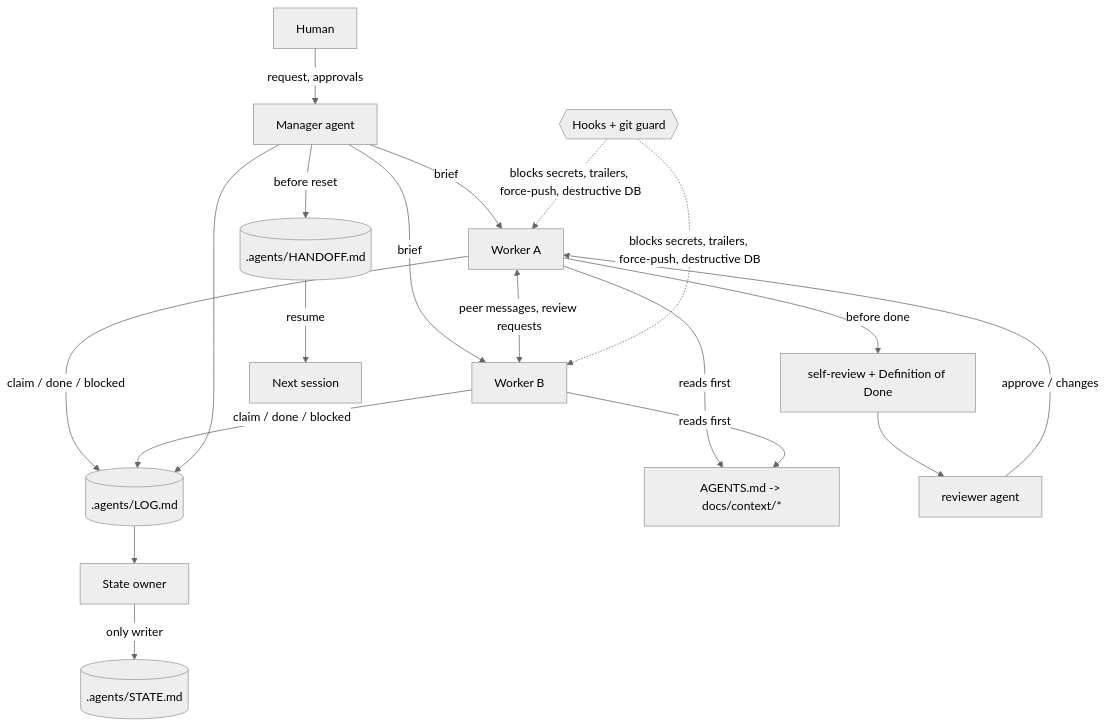
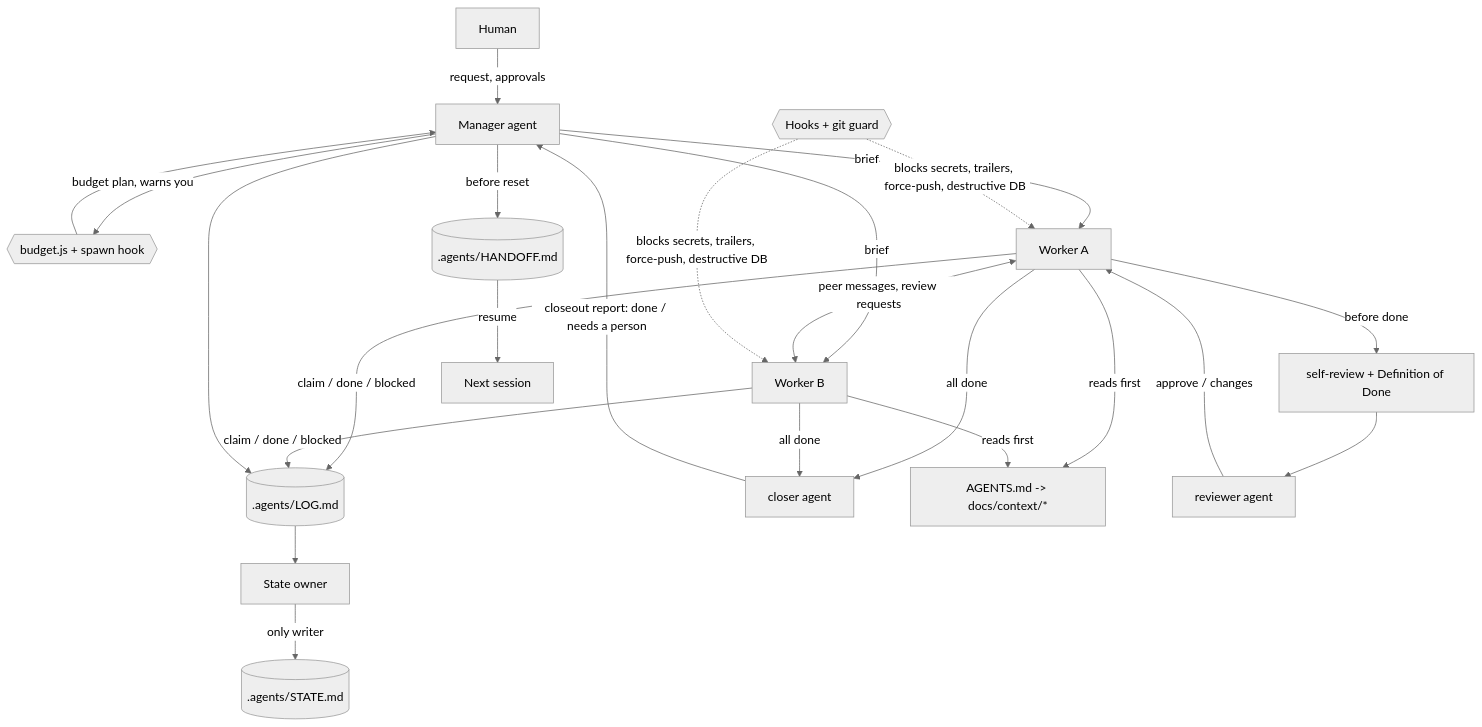
The diagram in README.md (BeastabTech/agent-workflow-kit), drawn with Mermaid (neutral theme) before and after one commit. The commit also changed other lines of this file and 63 other files, not shown here.

First line of the commit message:
feat: closer agent, spawn budget, delegation skills and cross-platform support

````diff
--- a/README.md
+++ b/README.md
@@ -46,18 +48,22 @@
 ```mermaid
 flowchart TD
     U[Human] -->|request, approvals| M[Manager agent]
+    M -->|budget plan, warns you| BG{{budget.js + spawn hook}}
+    BG --> M
     M -->|brief| W1[Worker A]
     M -->|brief| W2[Worker B]
     W1 <-->|peer messages, review requests| W2
     W1 & W2 -->|claim / done / blocked| LOG[(.agents/LOG.md)]
     M --> LOG
     S[State owner] -->|only writer| ST[(.agents/STATE.md)]
     LOG --> S
+    W1 & W2 -->|all done| CL[closer agent]
+    CL -->|closeout report: done / needs a person| M
     W1 & W2 -->|reads first| IDX[AGENTS.md -> docs/context/*]
     W1 -->|before done| SR[self-review + Definition of Done]
     SR --> RV[reviewer agent]
     RV -->|approve / changes| W1
     M -->|before reset| HO[(.agents/HANDOFF.md)]
     HO -->|resume| M2[Next session]
     H{{Hooks + git guard}} -.blocks secrets, trailers, force-push, destructive DB.-> W1 & W2
 ```
````
